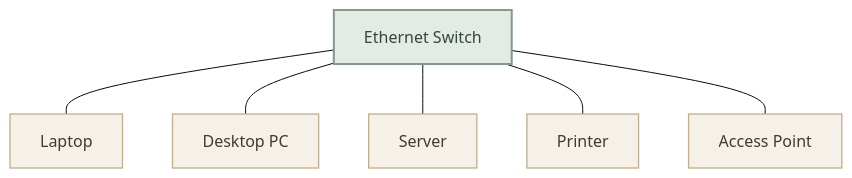
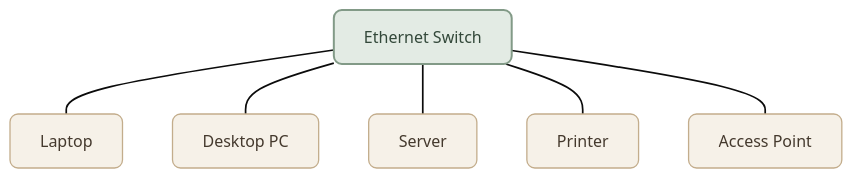
One commit to mustafammasoud/ops-handbook changed the second of 6 diagrams in content/networking/network-topologies.mdx. Above: the diagram before and after it, drawn with Mermaid (base theme). The commit also changed other lines of this file and 7 other files, not shown here.

````diff
--- a/content/networking/network-topologies.mdx
+++ b/content/networking/network-topologies.mdx
@@ -91,22 +94,23 @@
 ```mermaid
 flowchart TB
     Switch["Ethernet Switch"]
 
     Laptop[" Laptop"]
     PC[" Desktop PC"]
     Server["Server"]
     Printer[" Printer"]
     AP[" Access Point"]
 
     Switch --- Laptop
     Switch --- PC
     Switch --- Server
     Switch --- Printer
     Switch --- AP
 
-    classDef central fill:#E3EBE4,stroke:#829A87,color:#33483A,stroke-width:2px
-    classDef device fill:#F6F1E8,stroke:#C3AD8C,color:#44392D,stroke-width:1.3px
+    classDef central fill:#E3EBE4,stroke:#829A87,color:#33483A,stroke-width:2px,rx:8,ry:8
+    classDef device fill:#F6F1E8,stroke:#C3AD8C,color:#44392D,stroke-width:1.3px,rx:8,ry:8
 
     class Switch central
     class Laptop,PC,Server,Printer,AP device
+    linkStyle default stroke-width:1.7px
 ```
````
